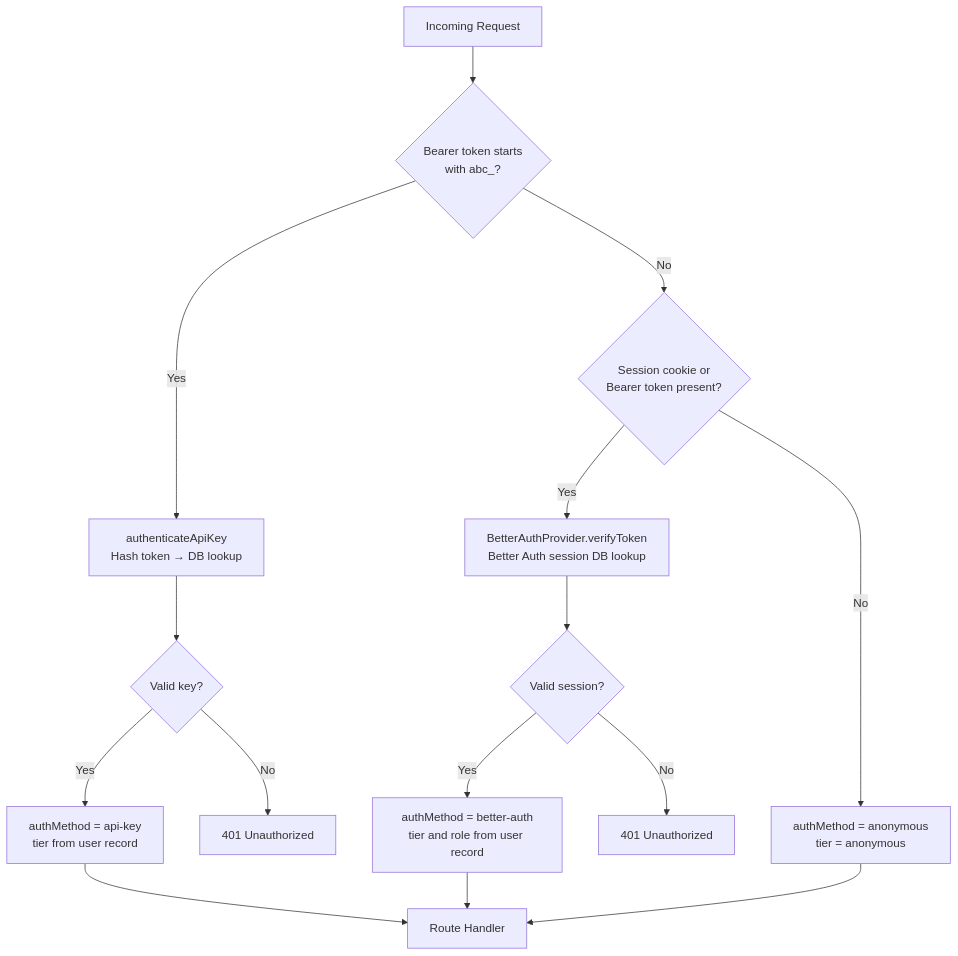
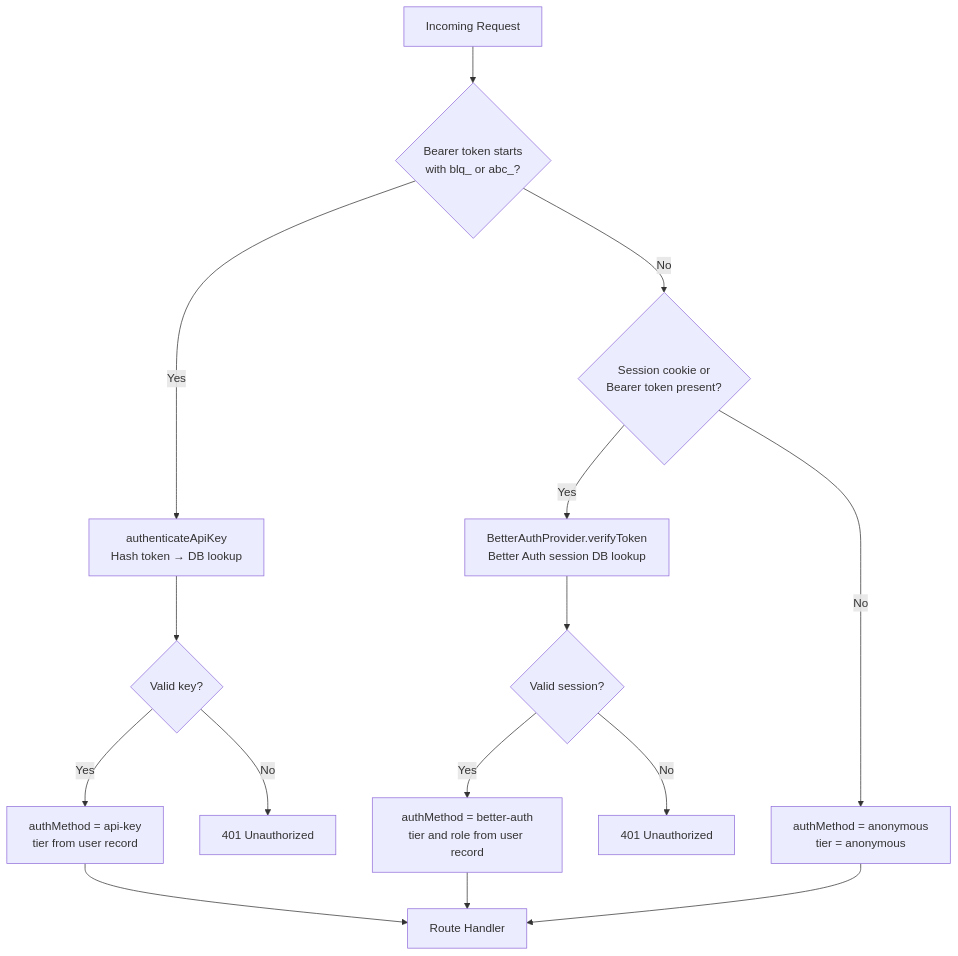
One commit to jaypatrick/adblock-compiler changed the first of 2 diagrams in docs/auth/auth-provider-selection.md. Above: the diagram before and after it, drawn with Mermaid. The commit also changed other lines of this file and 17 other files, not shown here.

First line of the commit message:
feat(api-keys): rename API key prefix `abc_` → `blq_` with dual-prefix backwards compatibility (#1704)

````diff
--- a/docs/auth/auth-provider-selection.md
+++ b/docs/auth/auth-provider-selection.md
@@ -33,17 +33,17 @@
 ```mermaid
 flowchart TD
-    A[Incoming Request] --> B{Bearer token starts\nwith abc_?}
+    A[Incoming Request] --> B{Bearer token starts\nwith blq_ or abc_?}
     B -- Yes --> C[authenticateApiKey\nHash token → DB lookup]
     C --> D{Valid key?}
     D -- Yes --> E[authMethod = api-key\ntier from user record]
     D -- No --> F[401 Unauthorized]
     B -- No --> G{Session cookie or\nBearer token present?}
     G -- Yes --> H[BetterAuthProvider.verifyToken\nBetter Auth session DB lookup]
     H --> I{Valid session?}
     I -- Yes --> J[authMethod = better-auth\ntier and role from user record]
     I -- No --> K[401 Unauthorized]
     G -- No --> L[authMethod = anonymous\ntier = anonymous]
     E --> M[Route Handler]
     J --> M
     L --> M
 ```
````
